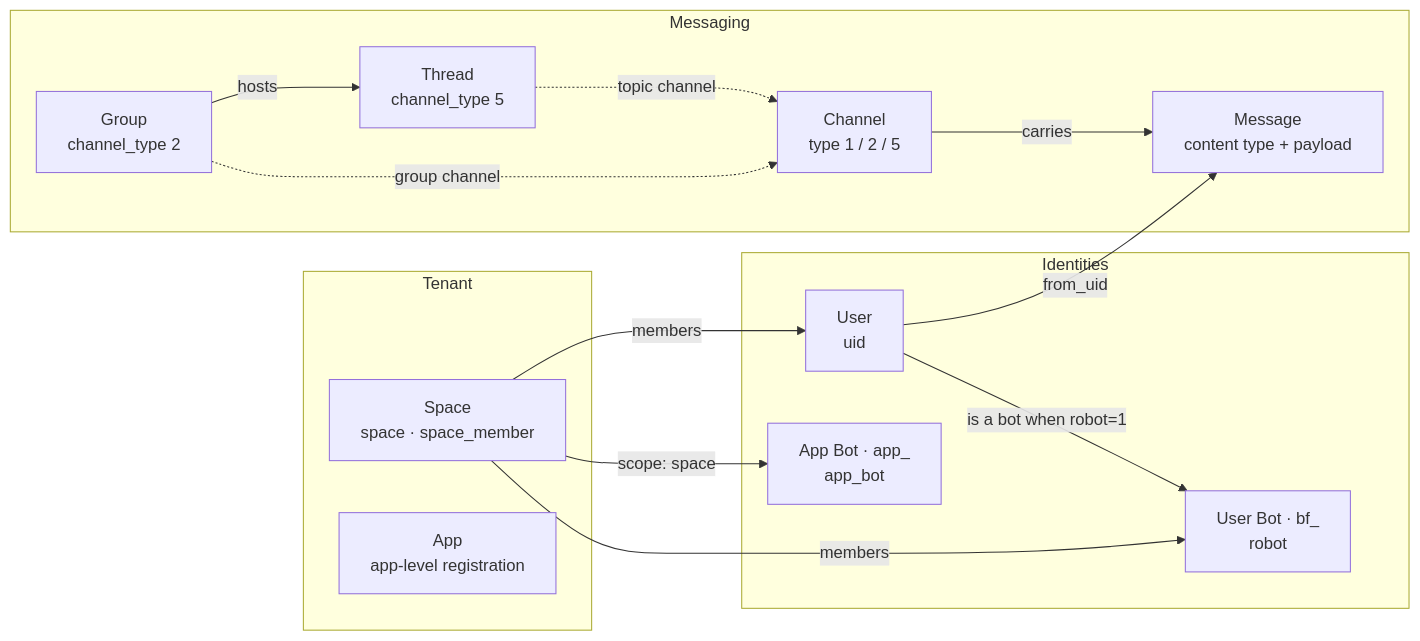
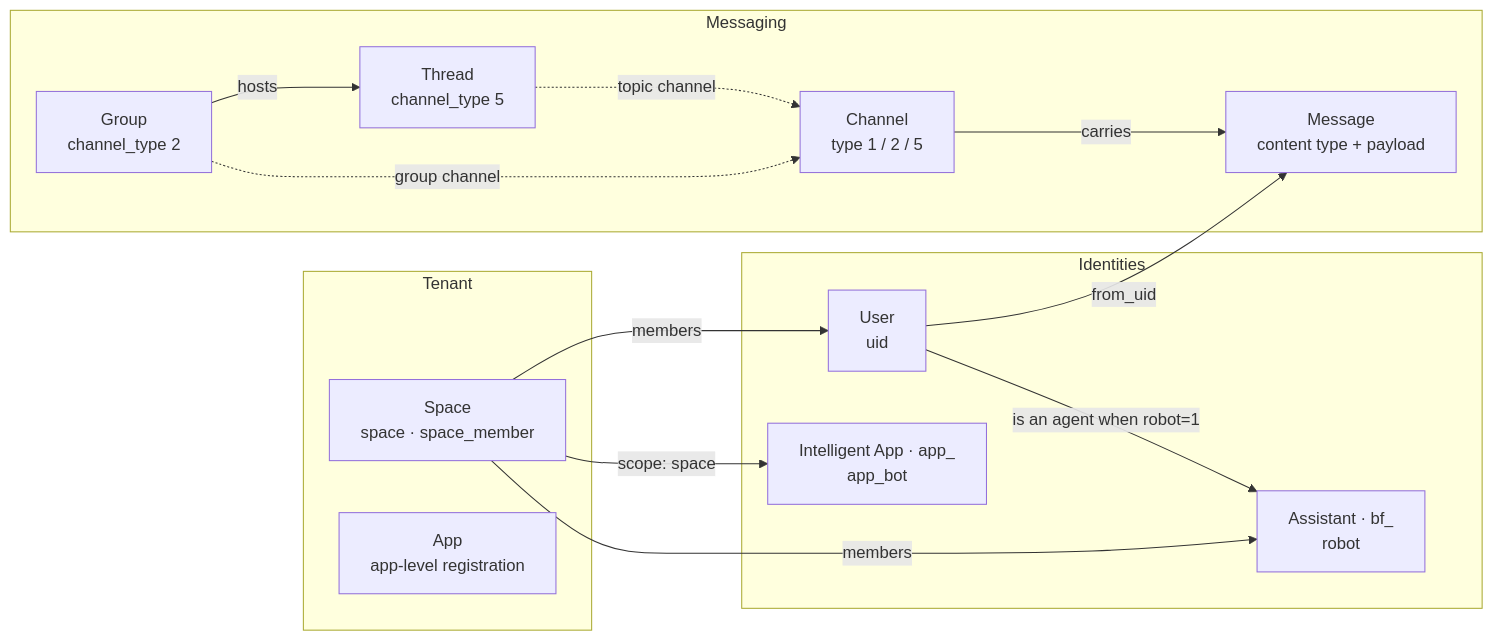
The diagram in reference/data-model.mdx (Mininglamp-OSS/octo-docs), drawn with Mermaid before and after one commit. The commit also changed other lines of this file and 23 other files, not shown here.

````diff
--- a/reference/data-model.mdx
+++ b/reference/data-model.mdx
@@ -22,30 +22,30 @@
 ```mermaid
 graph LR
   subgraph tenant["Tenant"]
     space["Space<br/>space · space_member"]
     app["App<br/>app-level registration"]
   end
 
   subgraph identity["Identities"]
     user["User<br/>uid"]
-    ubot["User Bot · bf_<br/>robot"]
-    abot["App Bot · app_<br/>app_bot"]
+    assistant["Assistant · bf_<br/>robot"]
+    iapp["Intelligent App · app_<br/>app_bot"]
   end
 
   subgraph messaging["Messaging"]
     group["Group<br/>channel_type 2"]
     channel["Channel<br/>type 1 / 2 / 5"]
     thread["Thread<br/>channel_type 5"]
     msg["Message<br/>content type + payload"]
   end
 
   space -->|members| user
-  space -->|members| ubot
-  space -->|scope: space| abot
-  user -->|is a bot when robot=1| ubot
+  space -->|members| assistant
+  space -->|scope: space| iapp
+  user -->|is an agent when robot=1| assistant
   group -->|hosts| thread
   channel -->|carries| msg
   group -.->|group channel| channel
   thread -.->|topic channel| channel
   user -->|from_uid| msg
 ```
````
